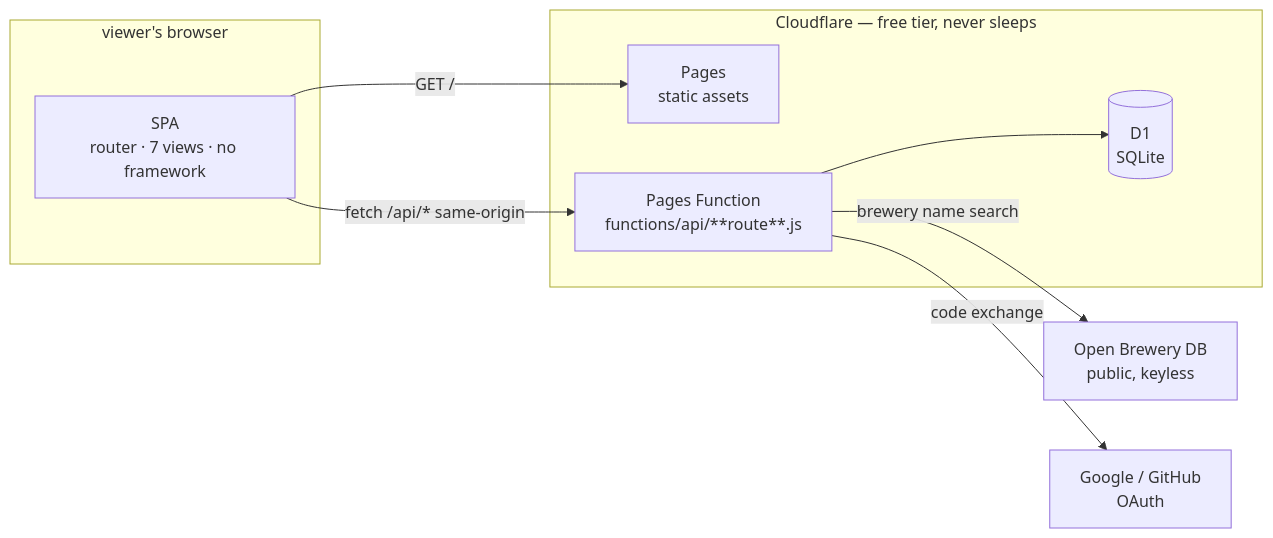
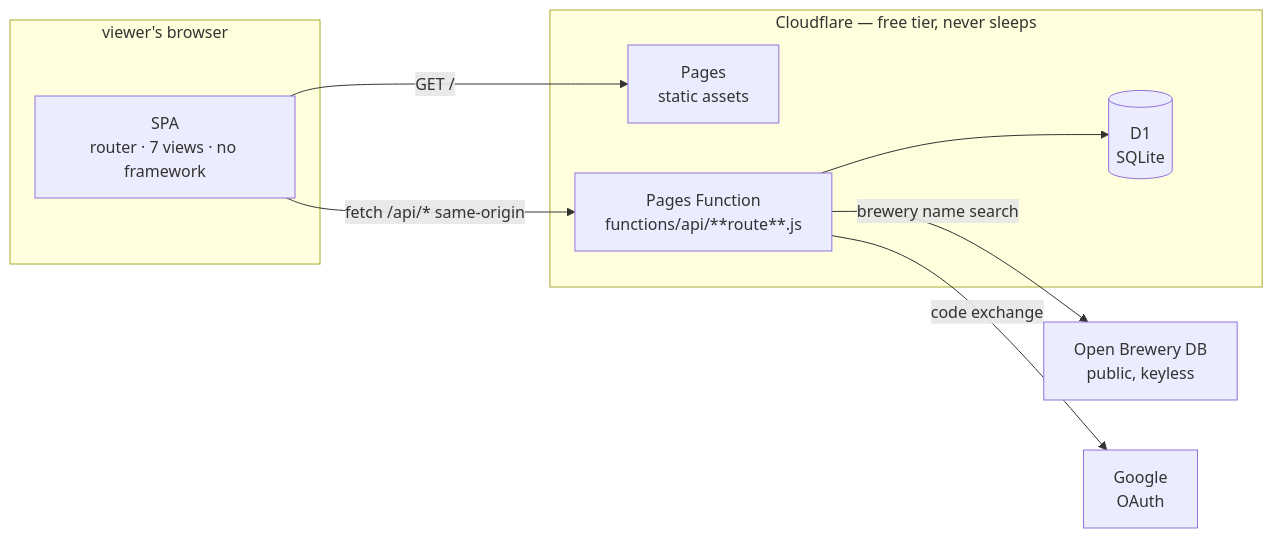
Before and after one commit to deshpanda/draught: the first of 3 diagrams in docs/DESIGN.md, drawn with Mermaid. The commit also changed other lines of this file and 6 other files, not shown here.

````diff
--- a/docs/DESIGN.md
+++ b/docs/DESIGN.md
@@ -9,19 +9,19 @@
 ```mermaid
 flowchart LR
     subgraph B["viewer's browser"]
         SPA[SPA<br/>router · 7 views · no framework]
     end
     subgraph CF["Cloudflare — free tier, never sleeps"]
         P[Pages<br/>static assets]
         F[Pages Function<br/>functions/api/**route**.js]
         D[(D1<br/>SQLite)]
     end
     OBDB[Open Brewery DB<br/>public, keyless]
-    G[Google / GitHub<br/>OAuth]
+    G[Google<br/>OAuth]
 
     SPA -->|GET /| P
     SPA -->|fetch /api/* same-origin| F
     F --> D
     F -->|brewery name search| OBDB
     F -->|code exchange| G
 ```
````
